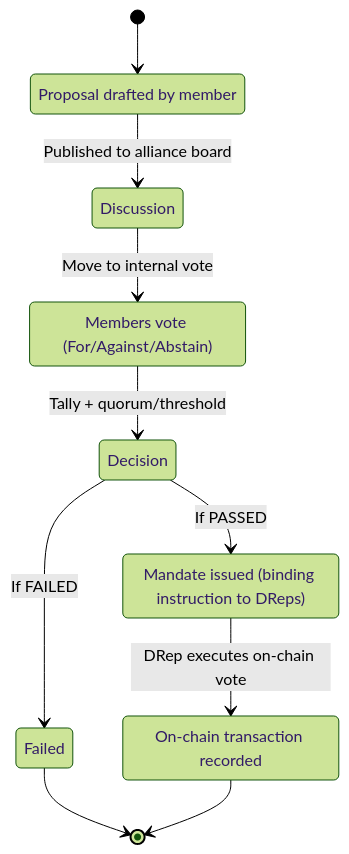
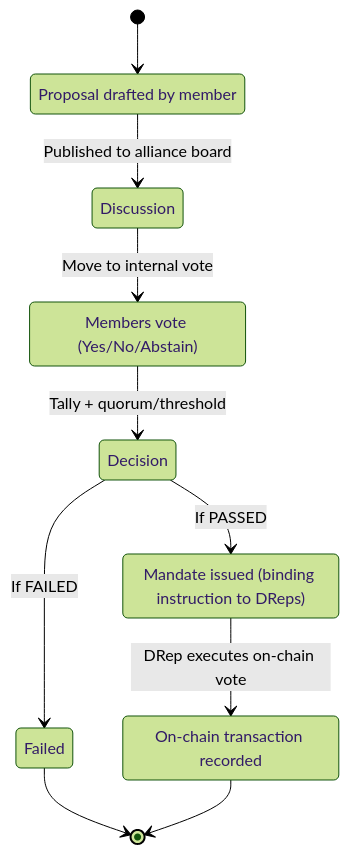
One commit to dano-finance/tempo changed the second of 2 diagrams in design/ux-userflow.md. Above: the diagram before and after it, drawn with Mermaid (forest theme). The commit also changed other lines of this file, not shown here.

````diff
--- a/design/ux-userflow.md
+++ b/design/ux-userflow.md
@@ -44,22 +44,22 @@
 ```mermaid
 stateDiagram-v2
     [*] --> Draft
     Draft: Proposal drafted by member
     Draft --> Discussion: Published to alliance board
 
     Discussion --> Voting: Move to internal vote
 
-    Voting: Members vote (For/Against/Abstain)
+    Voting: Members vote (Yes/No/Abstain)
     Voting --> Decision: Tally + quorum/threshold
 
     Decision --> Mandated: If PASSED
     Decision --> Failed: If FAILED
 
     Mandated: Mandate issued (binding instruction to DReps)
     Mandated --> OnChain: DRep executes on-chain vote
 
     OnChain: On-chain transaction recorded
 
     Failed --> [*]
     OnChain --> [*]
 ```
````
